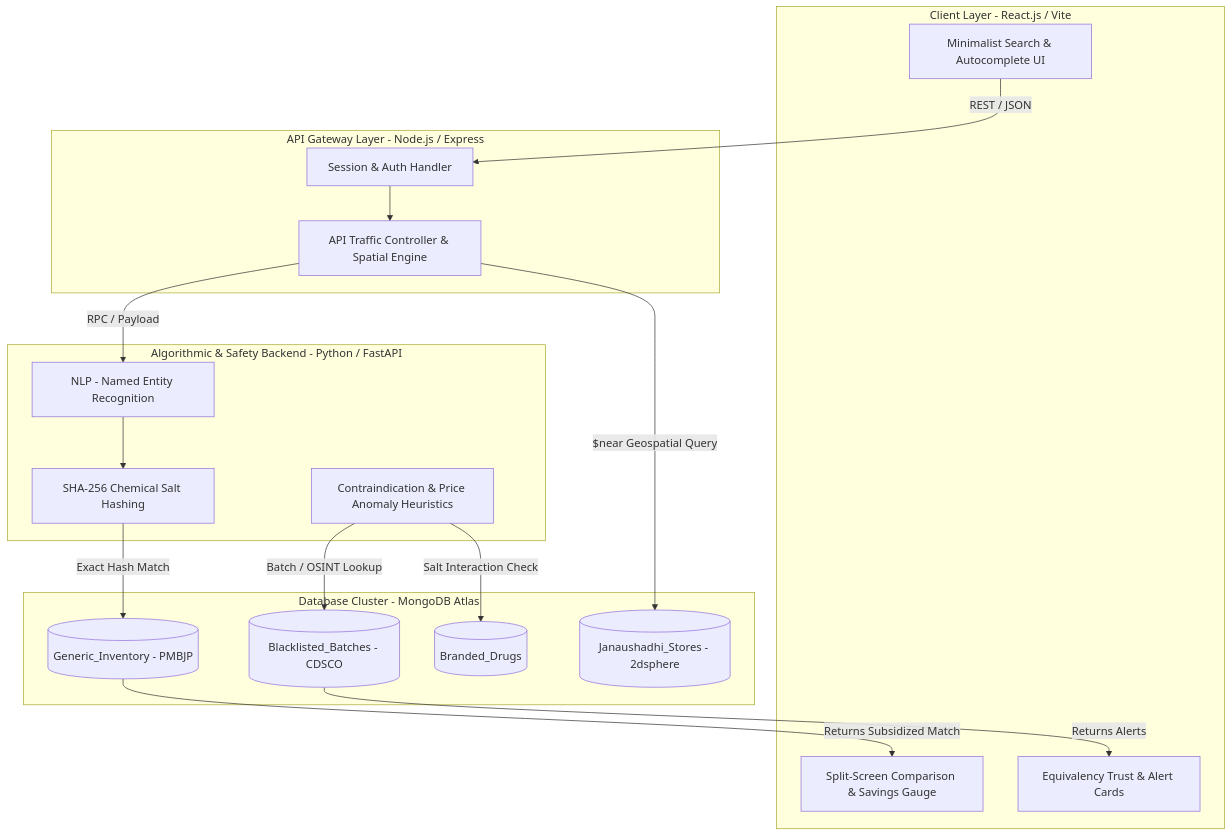
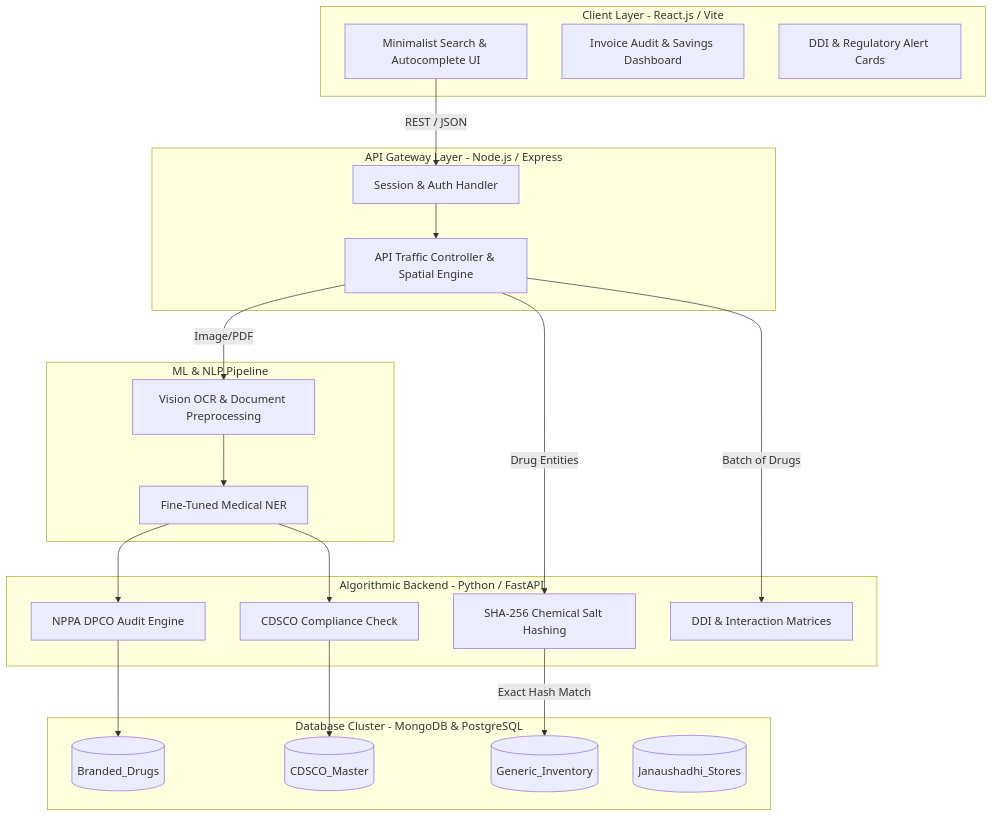
The diagram in docs/srs/GenMed_SRS_v1.0.md (panwarnihal/GenMed), drawn with Mermaid before and after one commit. The commit also changed other lines of this file and 2 other files, not shown here.

````diff
--- a/docs/srs/GenMed_SRS_v1.0.md
+++ b/docs/srs/GenMed_SRS_v1.0.md
@@ -52,37 +53,44 @@
 ```mermaid
 graph TD
     subgraph Client [Client Layer - React.js / Vite]
         UI[Minimalist Search & Autocomplete UI]
-        Gauge[Split-Screen Comparison & Savings Gauge]
-        SafetyCard[Equivalency Trust & Alert Cards]
+        AuditCard[Invoice Audit & Savings Dashboard]
+        SafetyCard[DDI & Regulatory Alert Cards]
     end
 
     subgraph Gateway [API Gateway Layer - Node.js / Express]
         Auth[Session & Auth Handler]
         Router[API Traffic Controller & Spatial Engine]
     end
 
-    subgraph Microservice [Algorithmic & Safety Backend - Python / FastAPI]
-        NER[NLP - Named Entity Recognition]
-        Hasher[SHA-256 Chemical Salt Hashing]
-        SafetyEngine[Contraindication & Price Anomaly Heuristics]
+    subgraph Intelligence [ML & NLP Pipeline]
+        OCR[Vision OCR & Document Preprocessing]
+        NER[Fine-Tuned Medical NER]
     end
 
-    subgraph Data [Database Cluster - MongoDB Atlas]
+    subgraph Microservice [Algorithmic Backend - Python / FastAPI]
+        Hasher[SHA-256 Chemical Salt Hashing]
+        PricingEngine[NPPA DPCO Audit Engine]
+        RegulatoryEngine[CDSCO Compliance Check]
+        SafetyEngine[DDI & Interaction Matrices]
+    end
+
+    subgraph Data [Database Cluster - MongoDB & PostgreSQL]
         BD[(Branded_Drugs)]
-        GI[(Generic_Inventory - PMBJP)]
-        BB[(Blacklisted_Batches - CDSCO)]
-        JS[(Janaushadhi_Stores - 2dsphere)]
+        GI[(Generic_Inventory)]
+        CDSCO[(CDSCO_Master)]
+        JS[(Janaushadhi_Stores)]
     end
 
     UI -->|REST / JSON| Auth
     Auth --> Router
-    Router -->|RPC / Payload| NER
-    NER --> Hasher
+    Router -->|Image/PDF| OCR
+    OCR --> NER
+    NER --> PricingEngine
+    NER --> RegulatoryEngine
+    Router -->|Drug Entities| Hasher
     Hasher -->|Exact Hash Match| GI
-    SafetyEngine -->|Batch / OSINT Lookup| BB
-    SafetyEngine -->|Salt Interaction Check| BD
-    Router -->|"$near Geospatial Query"| JS
-    GI -->|Returns Subsidized Match| Gauge
-    BB -->|Returns Alerts| SafetyCard
+    PricingEngine --> BD
+    RegulatoryEngine --> CDSCO
+    Router -->|Batch of Drugs| SafetyEngine
 ```
````
